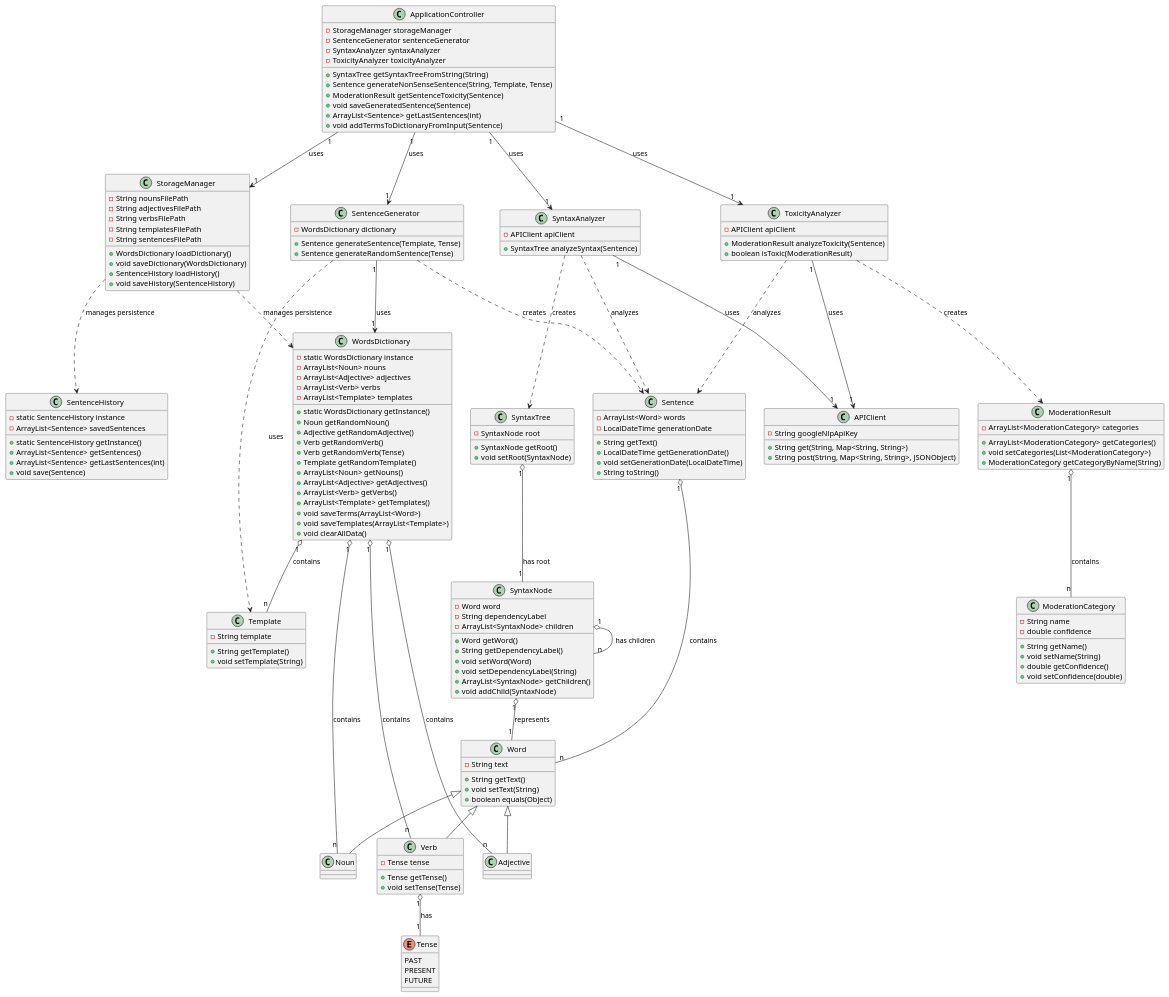
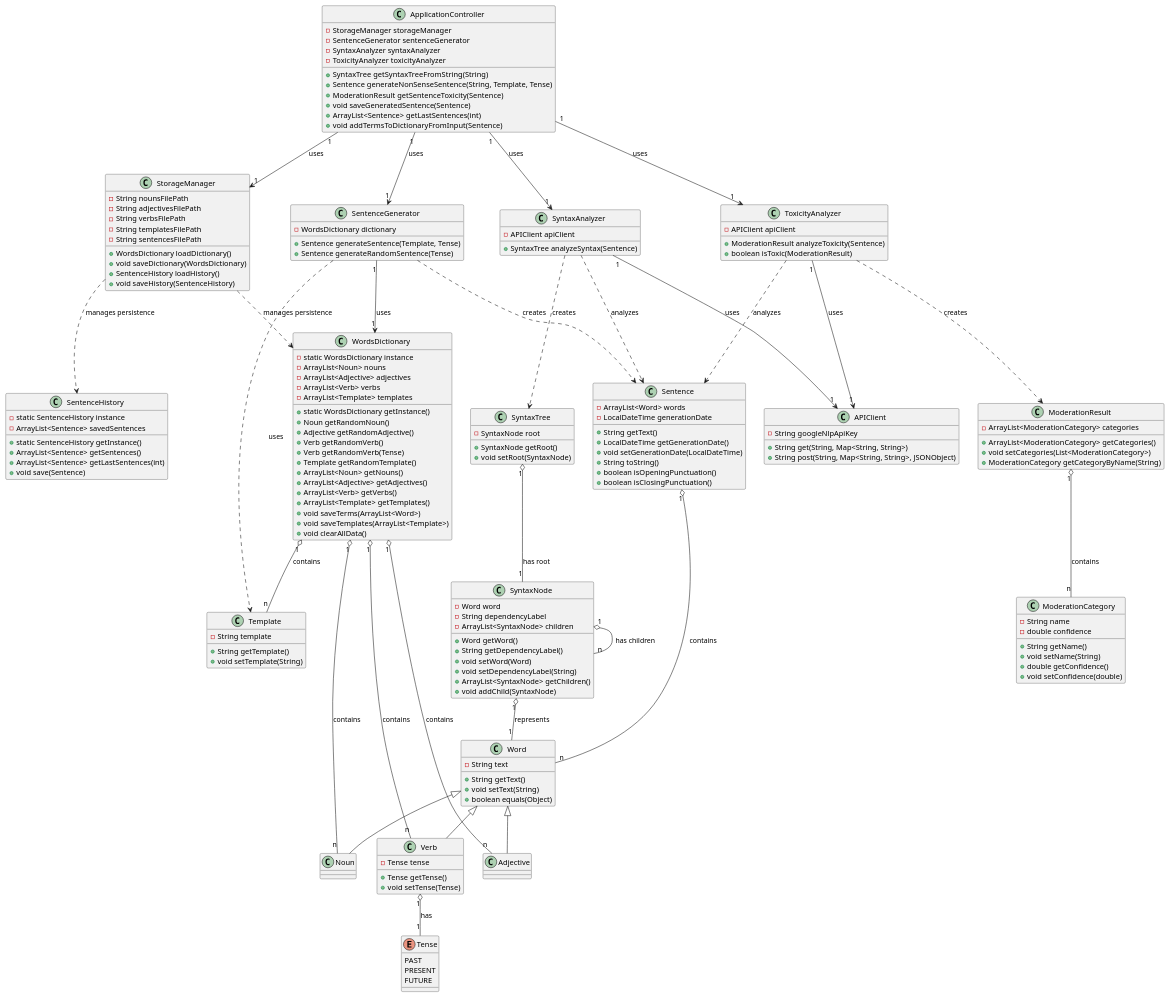
The diagram in docs/diagrams/classmodel.plantuml (liamtoaldo/NonSenseGenerator), drawn with PlantUML before and after one commit. The commit also changed 2 other files, not shown here.

```diff
--- a/docs/diagrams/classmodel.plantuml
+++ b/docs/diagrams/classmodel.plantuml
@@ -1,195 +1,197 @@
 @startuml
 
 class Sentence {
     -ArrayList<Word> words
     -LocalDateTime generationDate
     +String getText()
     +LocalDateTime getGenerationDate()
     +void setGenerationDate(LocalDateTime)
     +String toString()
+    +boolean isOpeningPunctuation()
+    +boolean isClosingPunctuation()
 }
 
 enum Tense {
     PAST
     PRESENT
     FUTURE
 }
 
 class Word {
     -String text
     +String getText()
     +void setText(String)
     +boolean equals(Object)
 }
 
 class Noun extends Word {
 }
 
 class Adjective extends Word {
 }
 
 class Verb extends Word {
     -Tense tense
     +Tense getTense()
     +void setTense(Tense)
 }
 
 class Template {
     -String template
     +String getTemplate()
     +void setTemplate(String)
 }
 
 ' WordsDictionary usa Design Pattern: Singleton
 class WordsDictionary {
     -static WordsDictionary instance
     -ArrayList<Noun> nouns
     -ArrayList<Adjective> adjectives
     -ArrayList<Verb> verbs
     -ArrayList<Template> templates
     +static WordsDictionary getInstance()
     +Noun getRandomNoun()
     +Adjective getRandomAdjective()
     +Verb getRandomVerb()
     +Verb getRandomVerb(Tense)
     +Template getRandomTemplate()
     +ArrayList<Noun> getNouns()
     +ArrayList<Adjective> getAdjectives()
     +ArrayList<Verb> getVerbs()
     +ArrayList<Template> getTemplates()
     +void saveTerms(ArrayList<Word>)
     +void saveTemplates(ArrayList<Template>)
     +void clearAllData()
 }
 
 ' SentenceHistory usa Design Pattern: Singleton
 class SentenceHistory {
     -static SentenceHistory instance
     -ArrayList<Sentence> savedSentences
     +static SentenceHistory getInstance()
     +ArrayList<Sentence> getSentences()
     +ArrayList<Sentence> getLastSentences(int)
     +void save(Sentence)
     
 }
 
 ' SentenceGenerator usa Design Pattern: Factory Method
 class SentenceGenerator {
     -WordsDictionary dictionary
     +Sentence generateSentence(Template, Tense)
     +Sentence generateRandomSentence(Tense)
 }
 
 ' StorageManager agisce come un Data Access Object (DAO) / Repository
 class StorageManager {
     -String nounsFilePath
     -String adjectivesFilePath
     -String verbsFilePath
     -String templatesFilePath
     -String sentencesFilePath
     +WordsDictionary loadDictionary()
     +void saveDictionary(WordsDictionary)
     +SentenceHistory loadHistory()
     +void saveHistory(SentenceHistory)
 }
 
 class APIClient {
     -String googleNlpApiKey
     +String get(String, Map<String, String>)
     +String post(String, Map<String, String>, JSONObject)
 }
 
 ' SyntaxTree e SyntaxNode formano un pattern Composite
 class SyntaxTree {
     -SyntaxNode root
     +SyntaxNode getRoot()
     +void setRoot(SyntaxNode)
 }
 
 class SyntaxNode {
     -Word word
     -String dependencyLabel
     -ArrayList<SyntaxNode> children
     +Word getWord()
     +String getDependencyLabel()
     +void setWord(Word)
     +void setDependencyLabel(String)
     +ArrayList<SyntaxNode> getChildren()
     +void addChild(SyntaxNode)
 }
 
 class SyntaxAnalyzer {
     -APIClient apiClient
     +SyntaxTree analyzeSyntax(Sentence)
 }
 
 class ModerationCategory {
     -String name
     -double confidence
     +String getName()
     +void setName(String)
     +double getConfidence()
     +void setConfidence(double)
 }
 
 class ModerationResult {
     -ArrayList<ModerationCategory> categories
     +ArrayList<ModerationCategory> getCategories()
     +void setCategories(List<ModerationCategory>)
     +ModerationCategory getCategoryByName(String)
 }
 
 class ToxicityAnalyzer {
     -APIClient apiClient
     +ModerationResult analyzeToxicity(Sentence)
     +boolean isToxic(ModerationResult)
 }
 
 ' ApplicationController implementa il pattern Controller e il pattern Facade
 class ApplicationController {
     -StorageManager storageManager
     -SentenceGenerator sentenceGenerator
     -SyntaxAnalyzer syntaxAnalyzer
     -ToxicityAnalyzer toxicityAnalyzer
     +SyntaxTree getSyntaxTreeFromString(String)
     +Sentence generateNonSenseSentence(String, Template, Tense)
     +ModerationResult getSentenceToxicity(Sentence)
     +void saveGeneratedSentence(Sentence)
     +ArrayList<Sentence> getLastSentences(int)
     +void addTermsToDictionaryFromInput(Sentence)
 }
 
 Sentence "1" o-- "n" Word : contains 
 Verb "1" o-- "1" Tense : has 
 WordsDictionary "1" o-- "n" Noun : contains 
 WordsDictionary "1" o-- "n" Adjective : contains 
 WordsDictionary "1" o-- "n" Verb : contains 
 
 WordsDictionary "1" o-- "n" Template : contains 
 SentenceGenerator "1" --> "1" WordsDictionary : uses 
 SentenceGenerator ..> Template : uses 
 SentenceGenerator ..> Sentence : creates 
 
 SyntaxAnalyzer "1" --> "1" APIClient : uses
 SyntaxAnalyzer ..> Sentence : analyzes
 SyntaxAnalyzer ..> SyntaxTree : creates
 
 ToxicityAnalyzer "1" --> "1" APIClient : uses
 ToxicityAnalyzer ..> Sentence : analyzes
 ToxicityAnalyzer ..> ModerationResult : creates
 
 StorageManager ..> WordsDictionary : manages persistence
 StorageManager ..> SentenceHistory : manages persistence
 
 ModerationResult "1" o-- "n" ModerationCategory : contains
 
 SyntaxTree "1" o-- "1" SyntaxNode : has root
 SyntaxNode "1" o-- "1" Word : represents
 SyntaxNode "1" o-- "n" SyntaxNode : has children
 
 ApplicationController "1" --> "1" StorageManager : uses
 ApplicationController "1" --> "1" SentenceGenerator : uses
 ApplicationController "1" --> "1" SyntaxAnalyzer : uses
 ApplicationController "1" --> "1" ToxicityAnalyzer : uses
 
 @enduml
```
